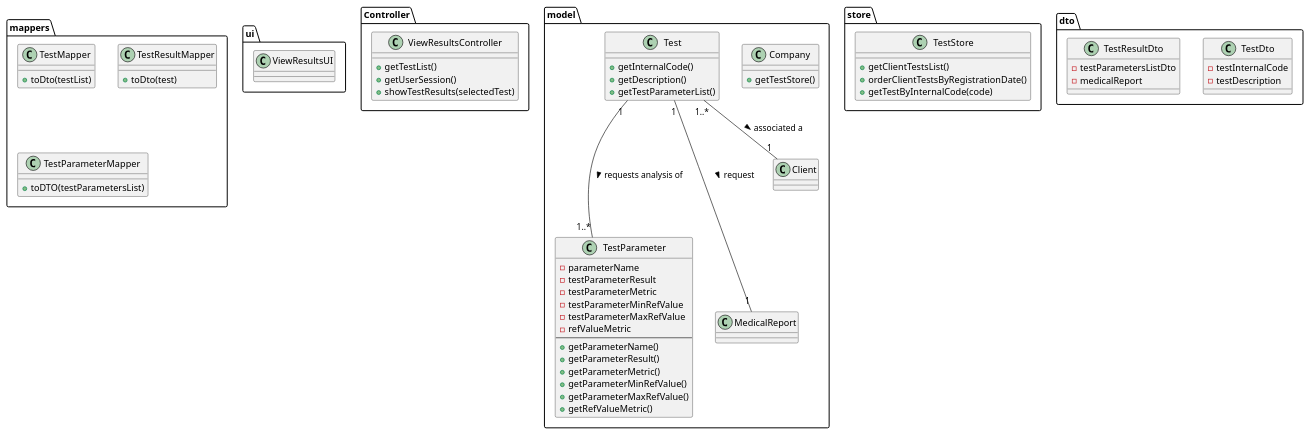
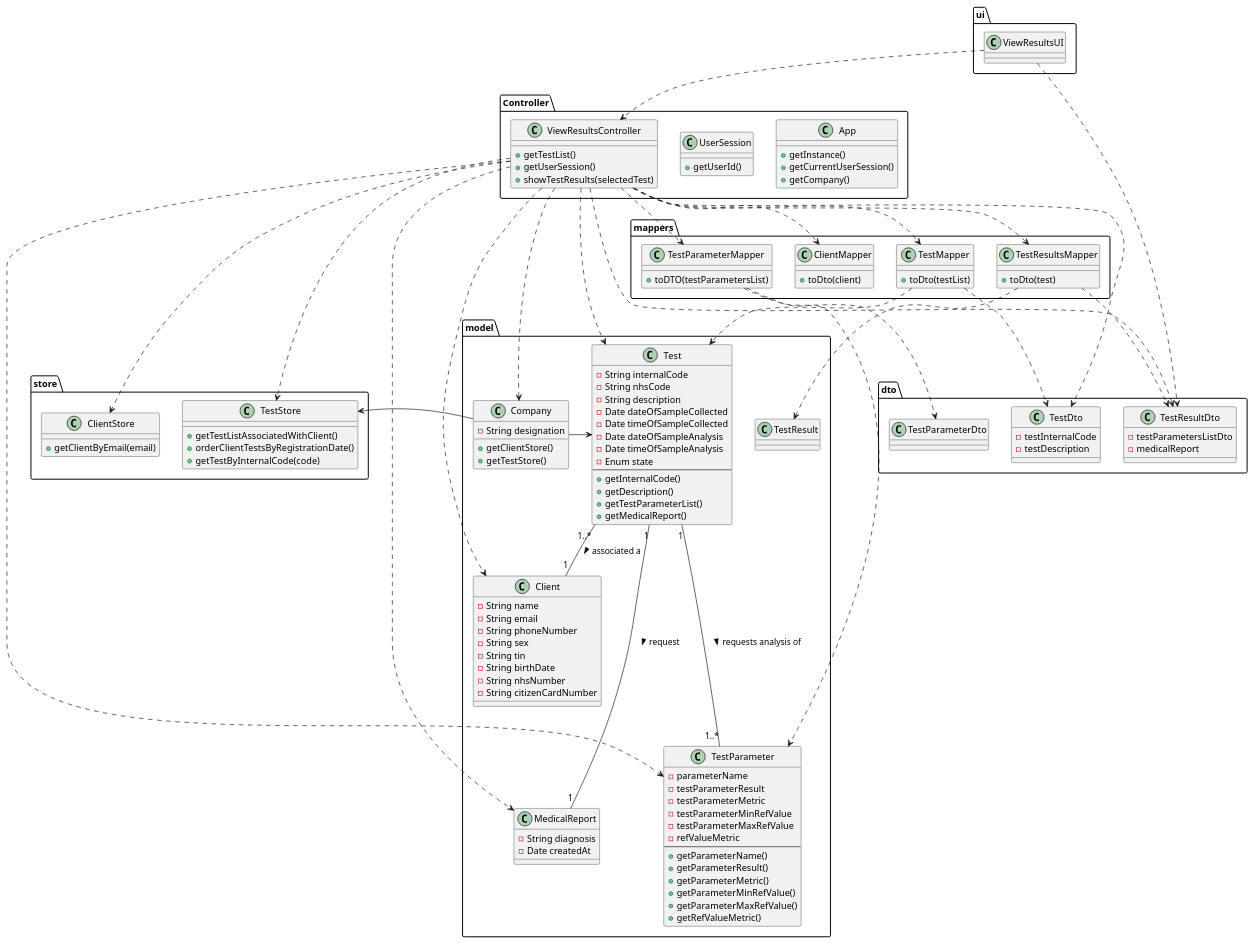
Before and after one commit to manu-07-ela/LAPR2_ISEP: the diagram in docs/SprintD/US01/US1_CD.puml, drawn with PlantUML. The commit also changed 1 other file, not shown here.

```diff
--- a/docs/SprintD/US01/US1_CD.puml
+++ b/docs/SprintD/US01/US1_CD.puml
@@ -1,87 +1,159 @@
 @startuml
 
 
 package ui {
 class ViewResultsUI{}
 }
 
+
 package Controller{
+class App{
++getInstance()
++getCurrentUserSession()
++getCompany()
+}
+class UserSession{
++getUserId()
+}
 class ViewResultsController{
 +getTestList()
 +getUserSession()
 +showTestResults(selectedTest)
 }
 }
 
+
 package model{
 class Company{
+- String designation
++getClientStore()
 +getTestStore()
 }
 class Test{
+-String internalCode
+-String nhsCode
+-String description
+-Date dateOfSampleCollected
+-Date timeOfSampleCollected
+-Date dateOfSampleAnalysis
+-Date timeOfSampleAnalysis
+-Enum state
+--
 +getInternalCode()
 +getDescription()
 +getTestParameterList()
++getMedicalReport()
 }
+class TestResult{}
 class TestParameter{
 -parameterName
 -testParameterResult
 -testParameterMetric
 -testParameterMinRefValue
 -testParameterMaxRefValue
 -refValueMetric
 --
 +getParameterName()
 +getParameterResult()
 +getParameterMetric()
 +getParameterMinRefValue()
 +getParameterMaxRefValue()
 +getRefValueMetric()
 }
-class MedicalReport{}
-class Client{}
+class MedicalReport{
+-String diagnosis
+-Date createdAt
 }
-
+class Client{
+- String name
+- String email
+- String phoneNumber
+- String sex
+- String tin
+- String birthDate
+- String nhsNumber
+- String citizenCardNumber
+}
+}
 
 
 package store{
 class TestStore{
-+getClientTestsList()
++getTestListAssociatedWithClient()
 +orderClientTestsByRegistrationDate()
 +getTestByInternalCode(code)
 }
+class ClientStore{
++getClientByEmail(email)
 }
+}
+
 
 package mappers{
 class TestMapper{
 +toDto(testList)
 }
-class TestResultMapper{
+class TestResultsMapper{
 +toDto(test)
 }
 class TestParameterMapper {
 +toDTO(testParametersList)
+}
+class ClientMapper{
++toDto(client)
 }
 }
 
 
 package dto{
 class TestDto{
 -testInternalCode
 -testDescription
 }
 class TestResultDto{
 -testParametersListDto
 -medicalReport
 }
+class TestParameterDto{}
 }
 
 
 Test "1..*" -- "1" Client : associated a >
 Test "1" ---"1" MedicalReport : request >
 Test "1" ---"1..*" TestParameter : requests analysis of >
 
+ViewResultsUI ..> ViewResultsController
+ViewResultsUI ..> TestResultDto
+
+ViewResultsController ..> TestMapper
+ViewResultsController ..> TestResultsMapper
+ViewResultsController ..> TestParameterMapper
+ViewResultsController ..> ClientMapper
+ViewResultsController ..> TestDto
+ViewResultsController ..> TestResultDto
+ViewResultsController ..> TestStore
+ViewResultsController ..> ClientStore
+ViewResultsController ..> Company
+ViewResultsController ..> Test
+ViewResultsController ..> TestParameter
+ViewResultsController ..> MedicalReport
+ViewResultsController ..> Client
+
+Company -> Test
+Company -> TestStore
+
+TestMapper ..> TestDto
+TestMapper ..> Test
+
+TestResultsMapper ..> TestResultDto
+TestResultsMapper ..> TestResult
+
+TestParameterMapper ..> TestParameterDto
+TestParameterMapper ..> TestParameter
+
+
 
 
 
 
 @enduml
```
